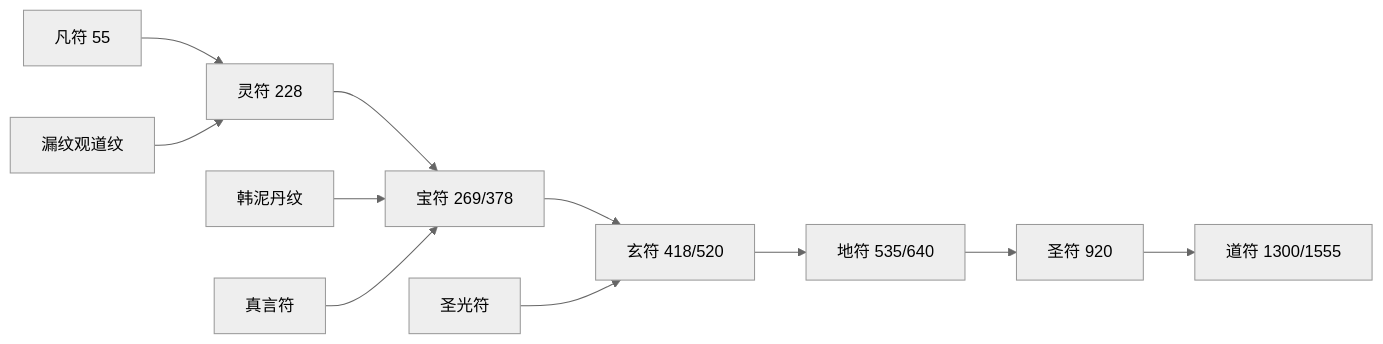
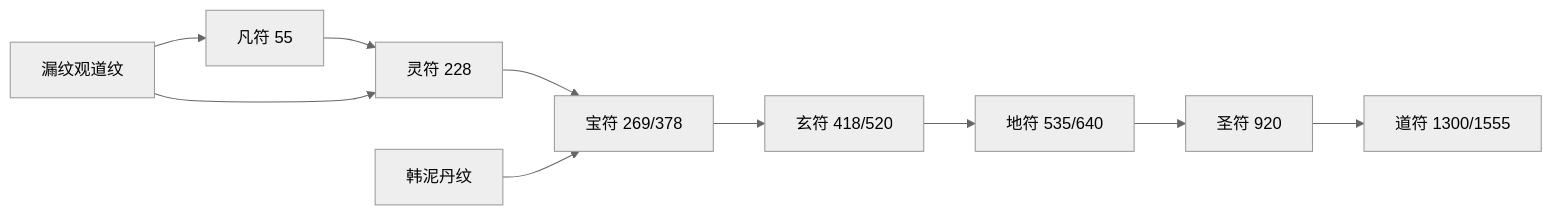
The diagram in docs/凡骨丑翁逆天录/14-符录系统.md (holyjing88/NovelProject), drawn with Mermaid (neutral theme) before and after one commit. The commit also changed other lines of this file and 34 other files, not shown here.

````diff
--- a/docs/凡骨丑翁逆天录/14-符录系统.md
+++ b/docs/凡骨丑翁逆天录/14-符录系统.md
@@ -152,13 +162,12 @@
 ```mermaid
 flowchart LR
     凡["凡符 55"] --> 灵["灵符 228"]
     灵 --> 宝["宝符 269/378"]
     宝 --> 玄["玄符 418/520"]
     玄 --> 地["地符 535/640"]
     地 --> 圣["圣符 920"]
     圣 --> 道["道符 1300/1555"]
-    道门["漏纹观道纹"] --> 灵
+    道门["漏纹观道纹"] --> 凡
+    道门 --> 灵
     丹师["韩泥丹纹"] --> 宝
-    密宗["真言符"] --> 宝
-    西教["圣光符"] --> 玄
 ```
````
